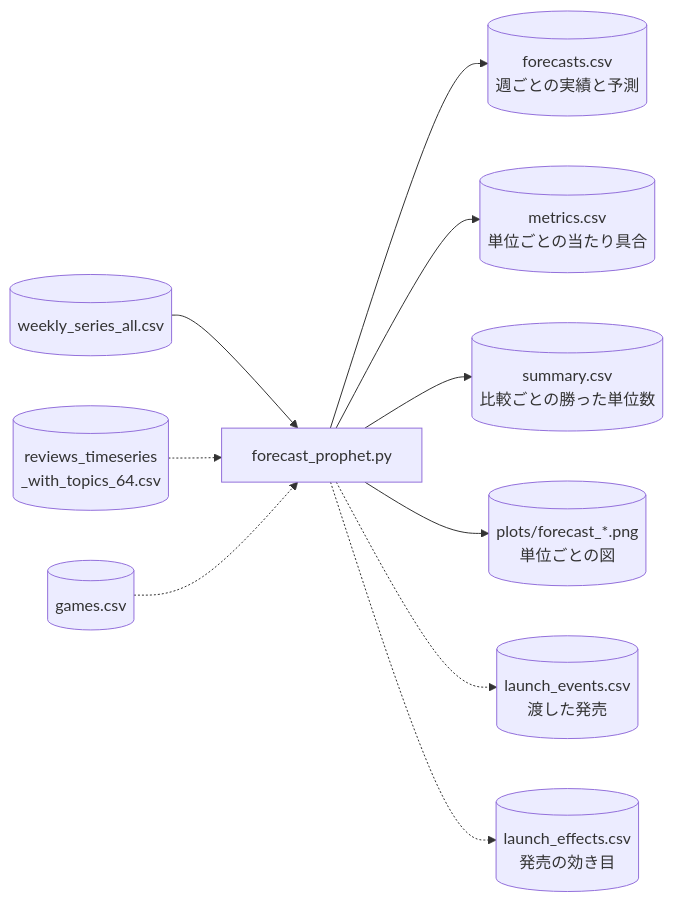
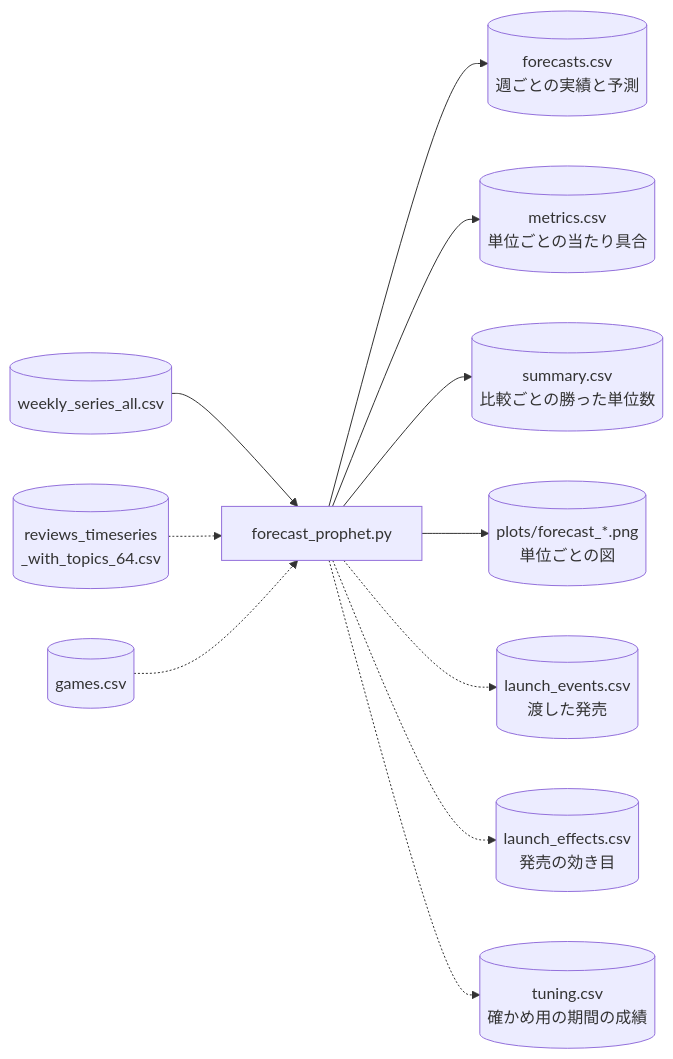
The tenth of 15 diagrams in scripts/README.md (rindguitar/game-demand-forecast), drawn with Mermaid before and after one commit. The commit also changed other lines of this file and 9 other files, not shown here.

````diff
--- a/scripts/README.md
+++ b/scripts/README.md
@@ -396,12 +397,13 @@
 ```mermaid
 flowchart LR
     W[("weekly_series_all.csv")] --> F["forecast_prophet.py"]
     R[("reviews_timeseries<br/>_with_topics_64.csv")] -.-> F
     G[("games.csv")] -.-> F
     F --> FC[("forecasts.csv<br/>週ごとの実績と予測")]
     F --> MT[("metrics.csv<br/>単位ごとの当たり具合")]
     F --> SM[("summary.csv<br/>比較ごとの勝った単位数")]
     F --> PL[("plots/forecast_*.png<br/>単位ごとの図")]
     F -.-> LE[("launch_events.csv<br/>渡した発売")]
     F -.-> LF[("launch_effects.csv<br/>発売の効き目")]
+    F -.-> TN[("tuning.csv<br/>確かめ用の期間の成績")]
 ```
````
